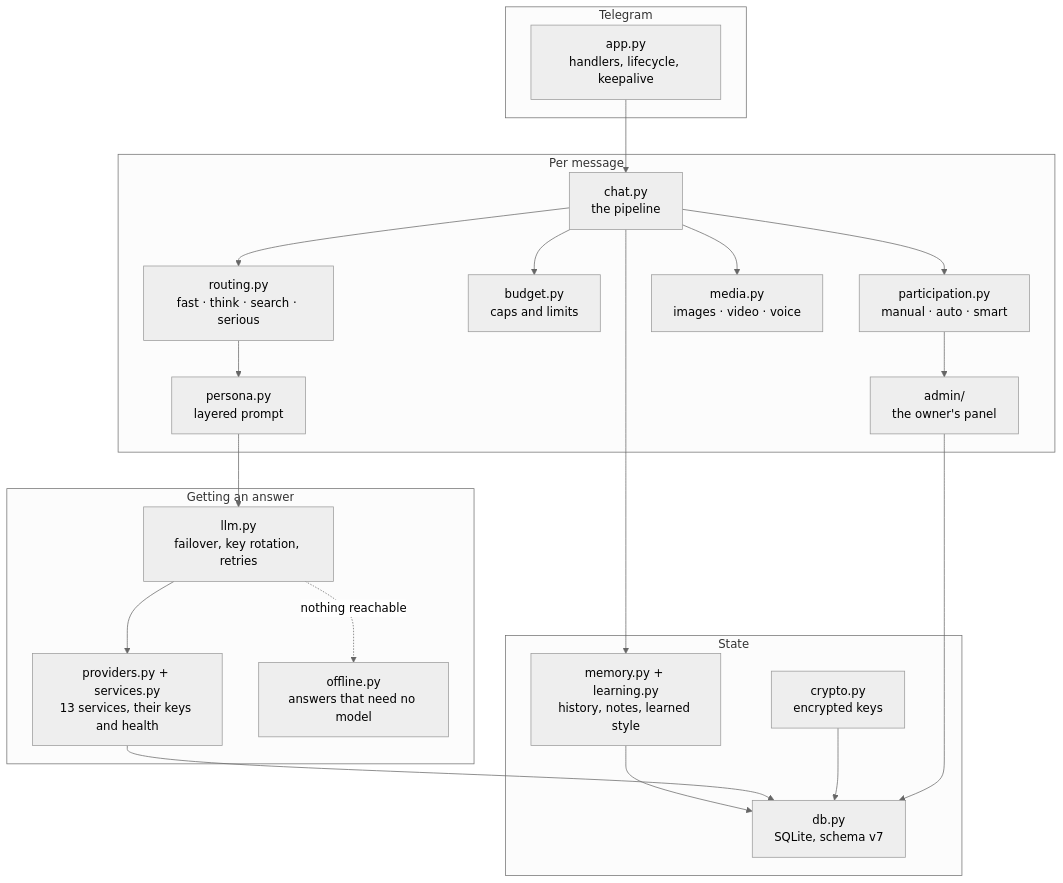
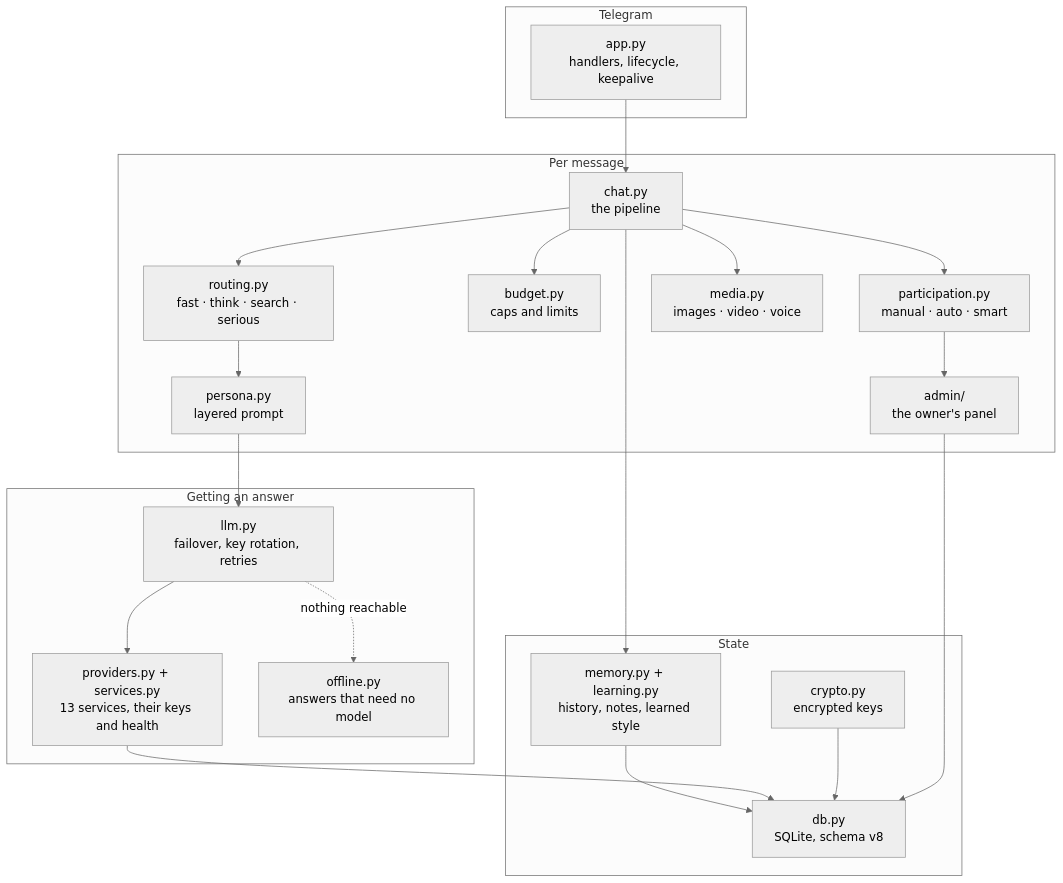
One commit to hami9/Astolfo changed the first of 2 diagrams in docs/ARCHITECTURE.md. Above: the diagram before and after it, drawn with Mermaid (neutral theme). The commit also changed 7 other files, not shown here.

````diff
--- a/docs/ARCHITECTURE.md
+++ b/docs/ARCHITECTURE.md
@@ -7,35 +7,35 @@
 ```mermaid
 flowchart TB
     subgraph tg["Telegram"]
         A["app.py<br/>handlers, lifecycle, keepalive"]
     end
     subgraph pipe["Per message"]
         B["chat.py<br/>the pipeline"]
         C["participation.py<br/>manual · auto · smart"]
         D["budget.py<br/>caps and limits"]
         E["routing.py<br/>fast · think · search · serious"]
         N["interest.py + attention.py<br/>whether and where to join in"]
         F["persona.py<br/>layered prompt"]
         G["media.py<br/>images · video · voice"]
     end
     subgraph out["Getting an answer"]
         H["llm.py<br/>failover, key rotation, retries"]
         I["providers.py + services.py<br/>13 services, their keys and health"]
         J["offline.py<br/>answers that need no model"]
     end
     subgraph state["State"]
         K["memory.py + learning.py<br/>history, notes, learned style"]
-        L["db.py<br/>SQLite, schema v7"]
+        L["db.py<br/>SQLite, schema v8"]
         M["crypto.py<br/>encrypted keys"]
     end
     A --> B
     B --> C & D & E & G
     C --> N
     E --> F --> H
     H --> I
     H -.->|nothing reachable| J
     B --> K --> L
     I --> L
     M --> L
     N["admin/<br/>the owner's panel"] --> L
 ```
````
